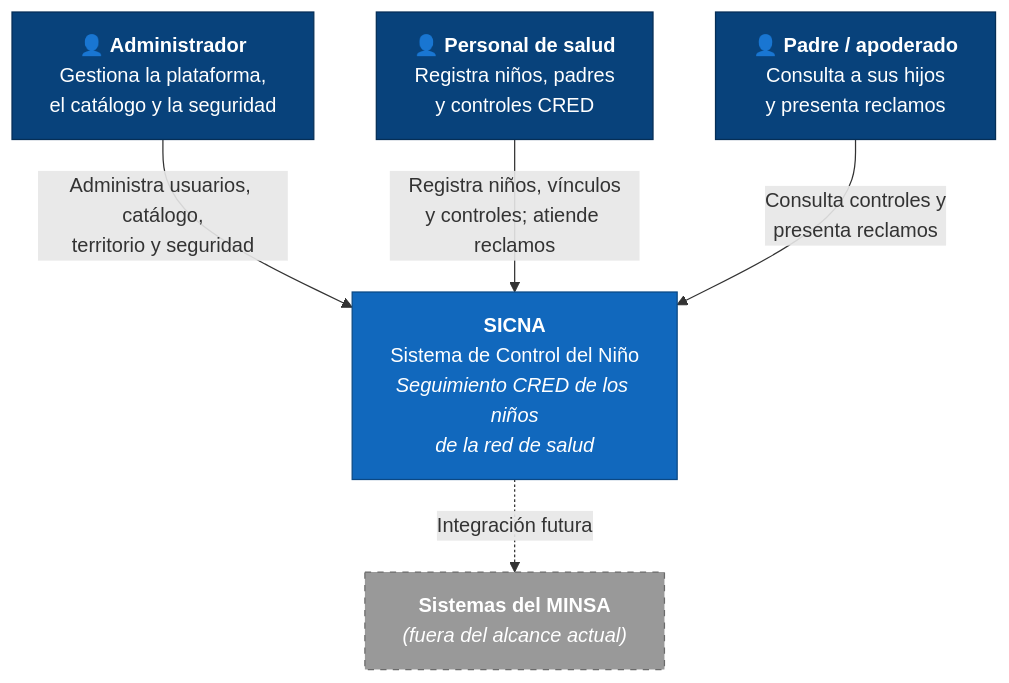
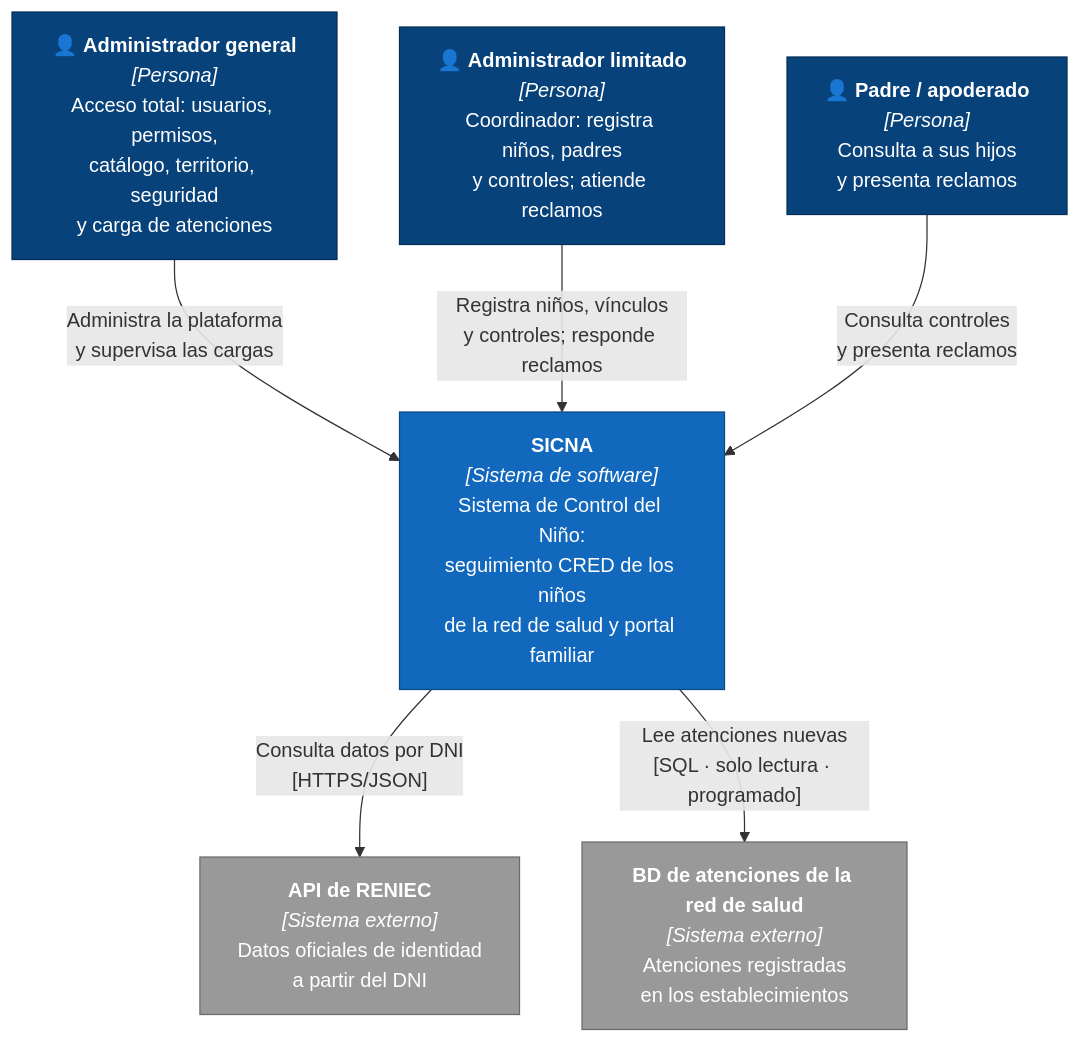
One commit to germanAmiqueroPeralta/SPRINT1 changed the diagram in docs/04-modelo-c4/nivel-1-contexto.md. Above: the diagram before and after it, drawn with Mermaid. The commit also changed other lines of this file and 19 other files, not shown here.

````diff
--- a/docs/04-modelo-c4/nivel-1-contexto.md
+++ b/docs/04-modelo-c4/nivel-1-contexto.md
@@ -22,22 +22,24 @@
 ```mermaid
 flowchart TB
-    Admin["👤 <b>Administrador</b><br/>Gestiona la plataforma,<br/>el catálogo y la seguridad"]
-    Staff["👤 <b>Personal de salud</b><br/>Registra niños, padres<br/>y controles CRED"]
-    Padre["👤 <b>Padre / apoderado</b><br/>Consulta a sus hijos<br/>y presenta reclamos"]
+    AG["👤 <b>Administrador general</b><br/><i>[Persona]</i><br/>Acceso total: usuarios, permisos,<br/>catálogo, territorio, seguridad<br/>y carga de atenciones"]
+    AL["👤 <b>Administrador limitado</b><br/><i>[Persona]</i><br/>Coordinador: registra niños, padres<br/>y controles; atiende reclamos"]
+    PA["👤 <b>Padre / apoderado</b><br/><i>[Persona]</i><br/>Consulta a sus hijos<br/>y presenta reclamos"]
 
-    SICNA["<b>SICNA</b><br/>Sistema de Control del Niño<br/><i>Seguimiento CRED de los niños<br/>de la red de salud</i>"]
+    SICNA["<b>SICNA</b><br/><i>[Sistema de software]</i><br/>Sistema de Control del Niño:<br/>seguimiento CRED de los niños<br/>de la red de salud y portal familiar"]
 
-    MINSA["<b>Sistemas del MINSA</b><br/><i>(fuera del alcance actual)</i>"]
+    RENIEC["<b>API de RENIEC</b><br/><i>[Sistema externo]</i><br/>Datos oficiales de identidad<br/>a partir del DNI"]
+    BDEXT["<b>BD de atenciones de la red de salud</b><br/><i>[Sistema externo]</i><br/>Atenciones registradas<br/>en los establecimientos"]
 
-    Admin -->|"Administra usuarios, catálogo,<br/>territorio y seguridad"| SICNA
-    Staff -->|"Registra niños, vínculos<br/>y controles; atiende reclamos"| SICNA
-    Padre -->|"Consulta controles y<br/>presenta reclamos"| SICNA
-    SICNA -.->|"Integración futura"| MINSA
+    AG -->|"Administra la plataforma<br/>y supervisa las cargas"| SICNA
+    AL -->|"Registra niños, vínculos<br/>y controles; responde reclamos"| SICNA
+    PA -->|"Consulta controles<br/>y presenta reclamos"| SICNA
+    SICNA -->|"Consulta datos por DNI<br/>[HTTPS/JSON]"| RENIEC
+    SICNA -->|"Lee atenciones nuevas<br/>[SQL · solo lectura · programado]"| BDEXT
 
     classDef persona fill:#08427b,color:#fff,stroke:#052e56
     classDef sistema fill:#1168bd,color:#fff,stroke:#0b4884
-    classDef externo fill:#999,color:#fff,stroke:#6b6b6b,stroke-dasharray:5 5
-    class Admin,Staff,Padre persona
+    classDef externo fill:#999,color:#fff,stroke:#6b6b6b
+    class AG,AL,PA persona
     class SICNA sistema
-    class MINSA externo
+    class RENIEC,BDEXT externo
 ```
````
